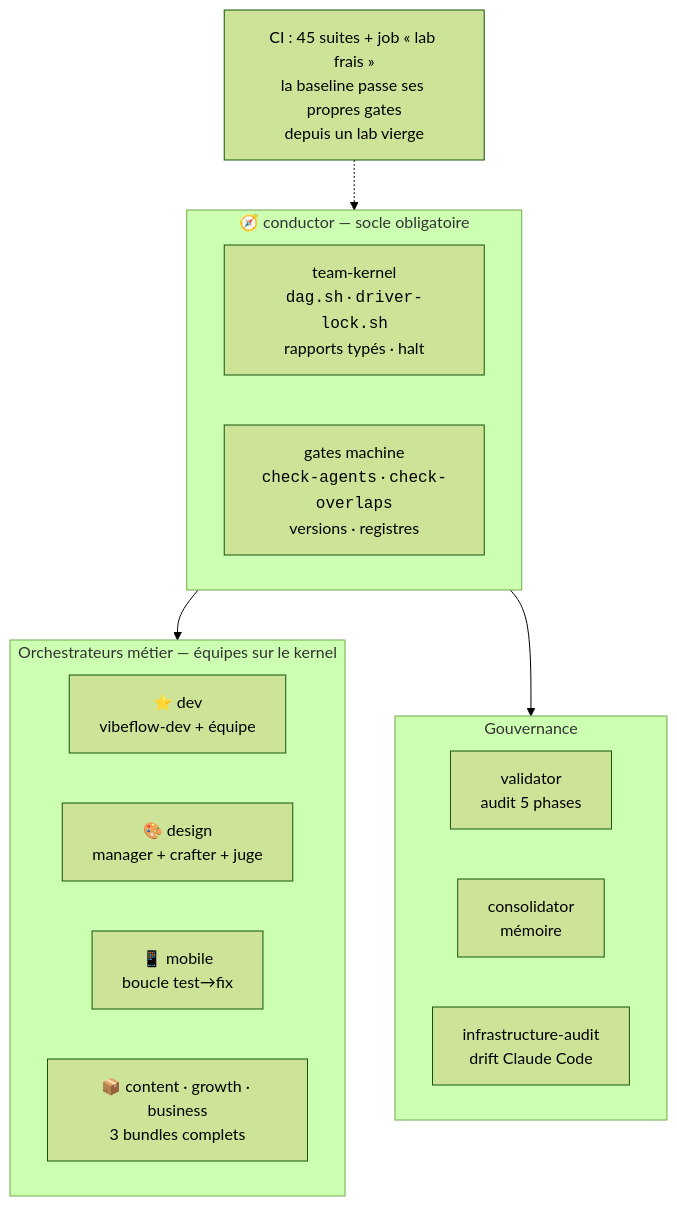
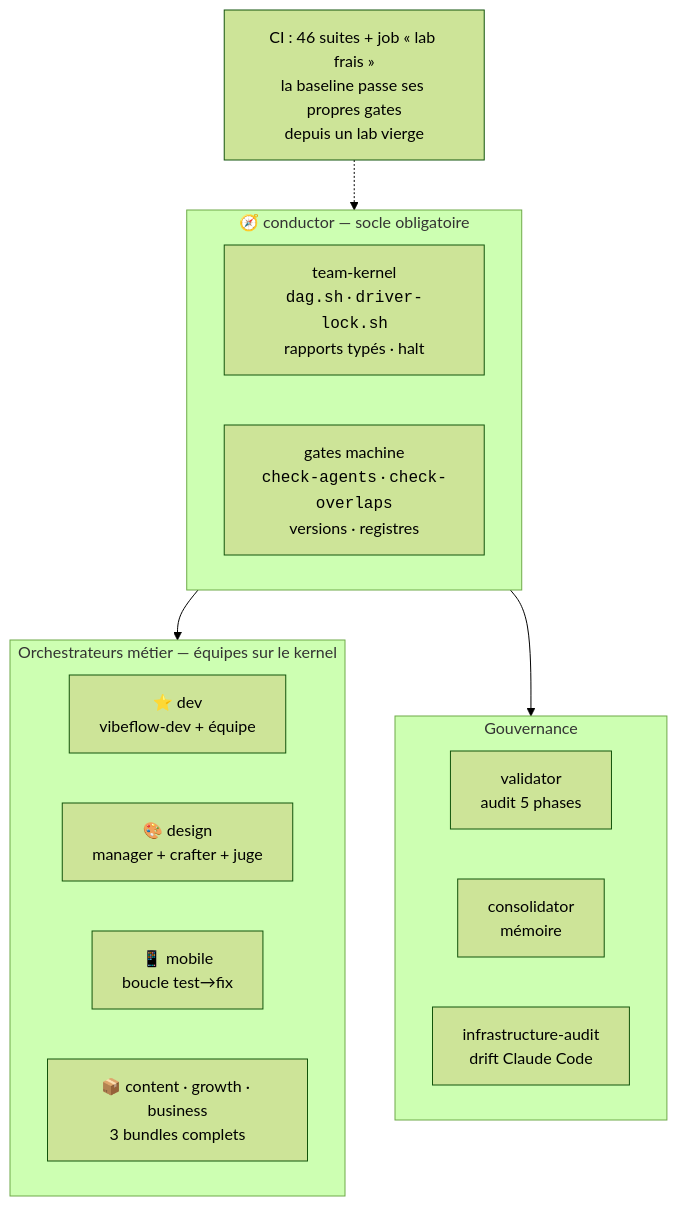
One commit to picmakpro/vibeflow-os changed the fourth of 4 diagrams in README.fr.md. Above: the diagram before and after it, drawn with Mermaid (forest theme). The commit also changed other lines of this file and 13 other files, not shown here.

````diff
--- a/README.fr.md
+++ b/README.fr.md
@@ -151,21 +151,21 @@
 ```mermaid
 flowchart TD
     subgraph socle["🧭 conductor — socle obligatoire"]
         K["team-kernel<br/><code>dag.sh</code> · <code>driver-lock.sh</code><br/>rapports typés · halt"]
         G["gates machine<br/><code>check-agents</code> · <code>check-overlaps</code><br/>versions · registres"]
     end
     subgraph orch["Orchestrateurs métier — équipes sur le kernel"]
         DEV["⭐ dev<br/>vibeflow-dev + équipe"]
         DES["🎨 design<br/>manager + crafter + juge"]
         MOB["📱 mobile<br/>boucle test→fix"]
         BIZ["📦 content · growth · business<br/>3 bundles complets"]
     end
     subgraph gouv["Gouvernance"]
         V["validator<br/>audit 5 phases"]
         CO["consolidator<br/>mémoire"]
         IA["infrastructure-audit<br/>drift Claude Code"]
     end
     socle --> orch
     socle --> gouv
-    CI["CI : 45 suites + job « lab frais »<br/>la baseline passe ses propres gates<br/>depuis un lab vierge"] -.-> socle
+    CI["CI : 46 suites + job « lab frais »<br/>la baseline passe ses propres gates<br/>depuis un lab vierge"] -.-> socle
 ```
````
